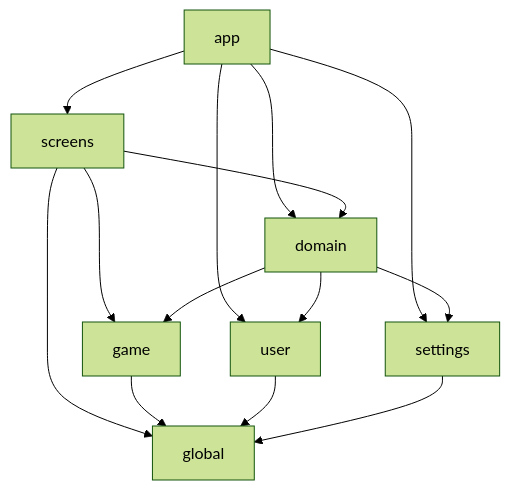
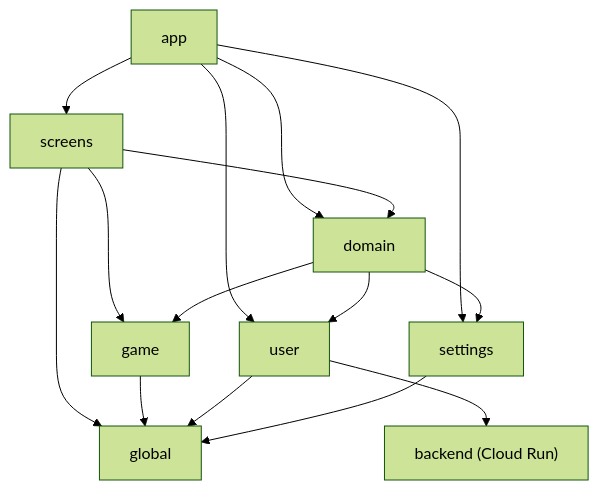
The diagram in README.md (paulcraciunas/ChessGym), drawn with Mermaid (forest theme) before and after one commit. The commit also changed other lines of this file and 1 other file, not shown here.

````diff
--- a/README.md
+++ b/README.md
@@ -48,19 +54,21 @@
 ```mermaid
 graph TD
     App[app] --> Screens[screens]
     App --> Domain[domain]
     App --> User[user]
     App --> Settings[settings]
 
     Screens --> Domain
     Screens --> Game[game]
     Screens --> Global[global]
 
     Domain --> Game
     Domain --> User
     Domain --> Settings
 
     Game --> Global
     User --> Global
     Settings --> Global
+
+    User --> Backend["backend (Cloud Run)"]
 ```
````
